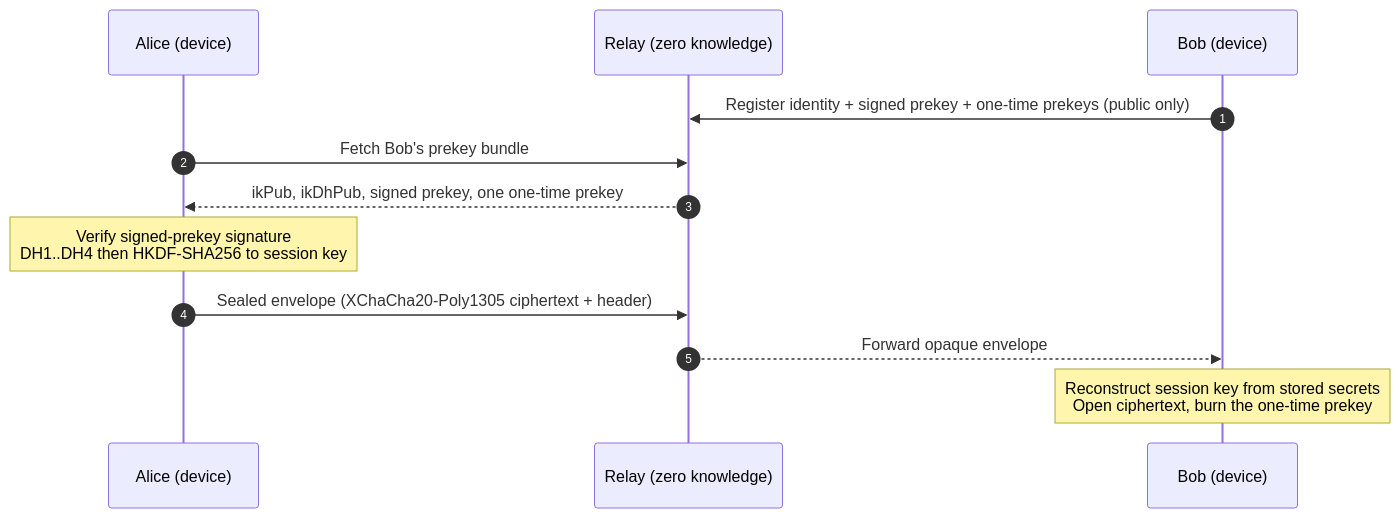
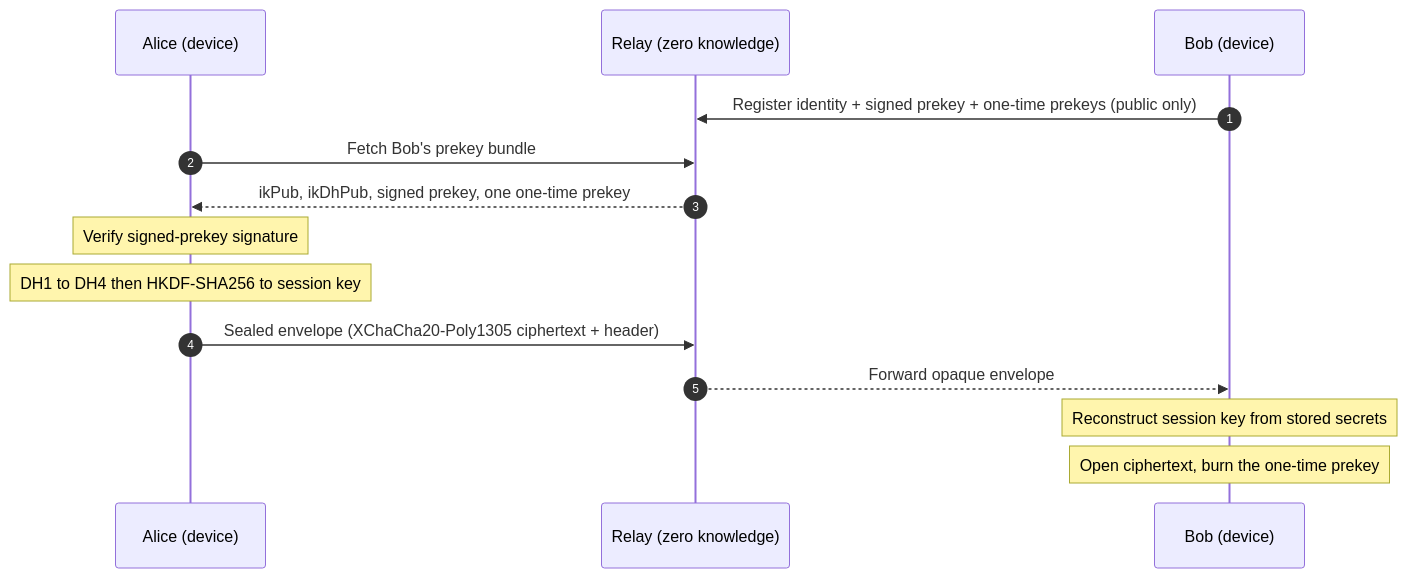
The first of 3 diagrams in README.md (aashir-athar/kith), drawn with Mermaid before and after one commit. The commit also changed other lines of this file and 5 other files, not shown here.

First line of the commit message:
Add run-all.ps1, relay CORS for the web client, and fix README Mermaid (#2)

````diff
--- a/README.md
+++ b/README.md
@@ -123,15 +123,17 @@
 ```mermaid
 sequenceDiagram
     autonumber
     participant A as Alice (device)
     participant R as Relay (zero knowledge)
     participant B as Bob (device)
 
     B->>R: Register identity + signed prekey + one-time prekeys (public only)
     A->>R: Fetch Bob's prekey bundle
     R-->>A: ikPub, ikDhPub, signed prekey, one one-time prekey
-    Note over A: Verify signed-prekey signature<br/>DH1..DH4 then HKDF-SHA256 to session key
+    Note over A: Verify signed-prekey signature
+    Note over A: DH1 to DH4 then HKDF-SHA256 to session key
     A->>R: Sealed envelope (XChaCha20-Poly1305 ciphertext + header)
     R-->>B: Forward opaque envelope
-    Note over B: Reconstruct session key from stored secrets<br/>Open ciphertext, burn the one-time prekey
+    Note over B: Reconstruct session key from stored secrets
+    Note over B: Open ciphertext, burn the one-time prekey
 ```
````
